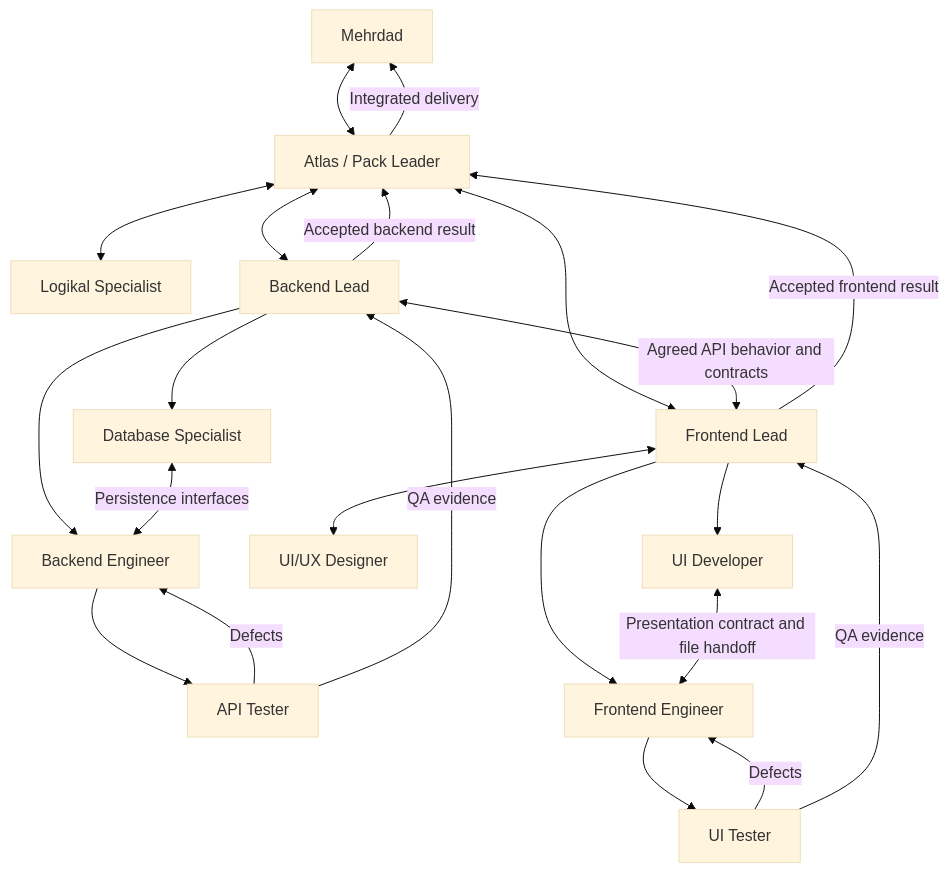
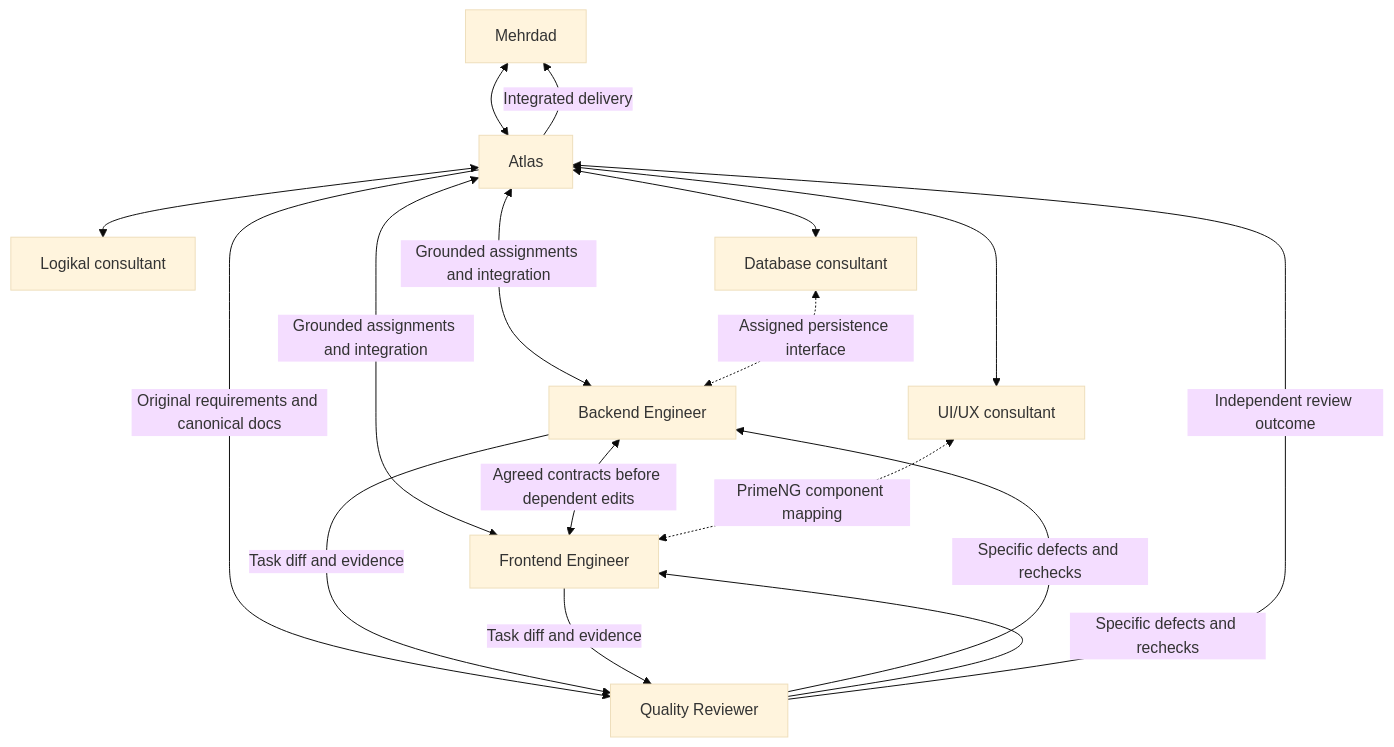
One commit to mehrdad-helmi/project-workspace changed the diagram in docs/agents/redhat-crew.md. Above: the diagram before and after it, drawn with Mermaid (base theme). The commit also changed other lines of this file and 20 other files, not shown here.

````diff
--- a/docs/agents/redhat-crew.md
+++ b/docs/agents/redhat-crew.md
@@ -87,24 +52,19 @@
 ```mermaid
 flowchart TB
-	M[Mehrdad] <--> P["Atlas / Pack Leader"]
-	P <--> L[Logikal Specialist]
-	P <--> B[Backend Lead]
-	P <--> F[Frontend Lead]
-	B <-->|Agreed API behavior and contracts| F
-	B --> D[Database Specialist]
-	B --> E[Backend Engineer]
-	D <-->|Persistence interfaces| E
-	E --> A[API Tester]
-	A -->|Defects| E
-	A -->|QA evidence| B
-	F <--> X[UI/UX Designer]
-	F --> U[UI Developer]
-	F --> G[Frontend Engineer]
-	U <-->|Presentation contract and file handoff| G
-	G --> T[UI Tester]
-	T -->|Defects| G
-	T -->|QA evidence| F
-	B -->|Accepted backend result| P
-	F -->|Accepted frontend result| P
-	P -->|Integrated delivery| M
+	M[Mehrdad] <--> A[Atlas]
+	A <-->|Grounded assignments and integration| B[Backend Engineer]
+	A <-->|Grounded assignments and integration| F[Frontend Engineer]
+	B <-->|Agreed contracts before dependent edits| F
+	A -->|Original requirements and canonical docs| Q[Quality Reviewer]
+	B -->|Task diff and evidence| Q
+	F -->|Task diff and evidence| Q
+	Q -->|Specific defects and rechecks| B
+	Q -->|Specific defects and rechecks| F
+	Q -->|Independent review outcome| A
+	A <--> L[Logikal consultant]
+	A <--> D[Database consultant]
+	A <--> U[UI/UX consultant]
+	D <-.->|Assigned persistence interface| B
+	U <-.->|PrimeNG component mapping| F
+	A -->|Integrated delivery| M
 ```
````
